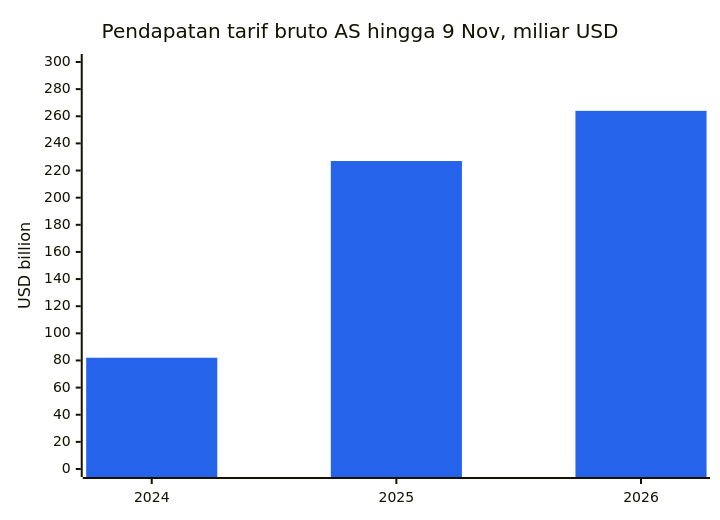
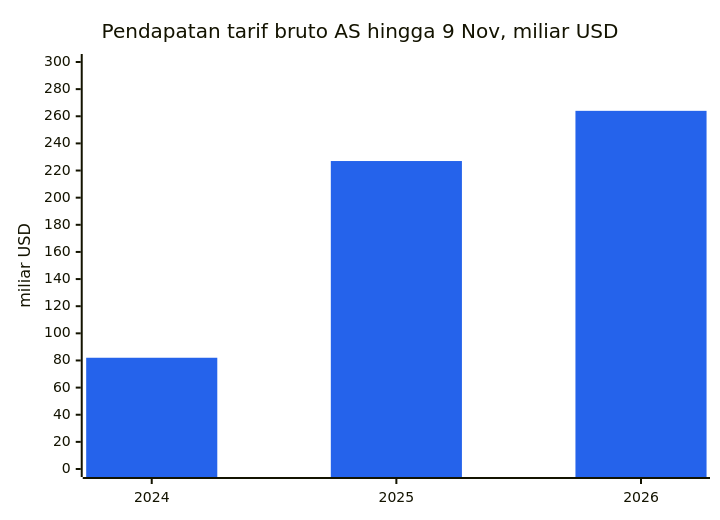
Before and after one commit to dureach/research: the third of 13 diagrams in Global-Trade-Intelligence-weekly-2026-11-16/index.id.md, drawn with Mermaid. The commit also changed other lines of this file and 5 other files, not shown here.

````diff
--- a/Global-Trade-Intelligence-weekly-2026-11-16/index.id.md
+++ b/Global-Trade-Intelligence-weekly-2026-11-16/index.id.md
@@ -246,8 +246,8 @@
 ```mermaid
 %%{init: {'theme': 'base', 'themeVariables': {'xyChart': {'plotColorPalette': '#2563eb'}}}}%%
 xychart-beta
     title "Pendapatan tarif bruto AS hingga 9 Nov, miliar USD"
     x-axis ["2024", "2025", "2026"]
-    y-axis "USD billion" 0 --> 300
+    y-axis "miliar USD" 0 --> 300
     bar [82, 227, 264]
 ```
````
